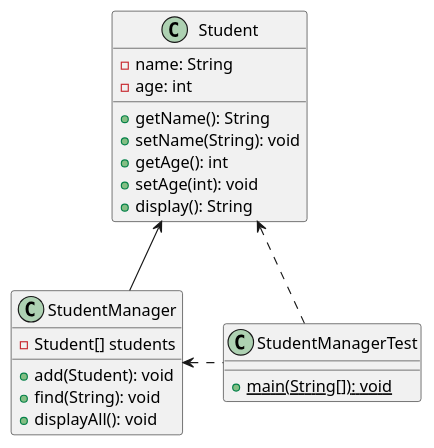
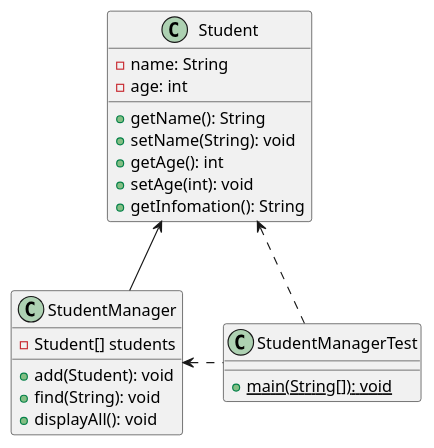
One commit to codegym-vn/pf-java-student-management changed the diagram in uml.puml. Above: the diagram before and after it, drawn with PlantUML. The commit also changed 3 other files, not shown here.

```diff
--- a/uml.puml
+++ b/uml.puml
@@ -1,28 +1,28 @@
 @startuml
 
 class Student {
     - name: String
     - age: int
     + getName(): String
     + setName(String): void
     + getAge(): int
     + setAge(int): void
-    + display(): String
+    + getInfomation(): String
 }
 
 class StudentManager {
     - Student[] students
     + add(Student): void
     + find(String): void
     + displayAll(): void
 }
 
 class StudentManagerTest {
     + {static} main(String[]): void
 }
 
 Student <- StudentManager
 Student <.. StudentManagerTest
 StudentManager <. StudentManagerTest
 
 @enduml
```
